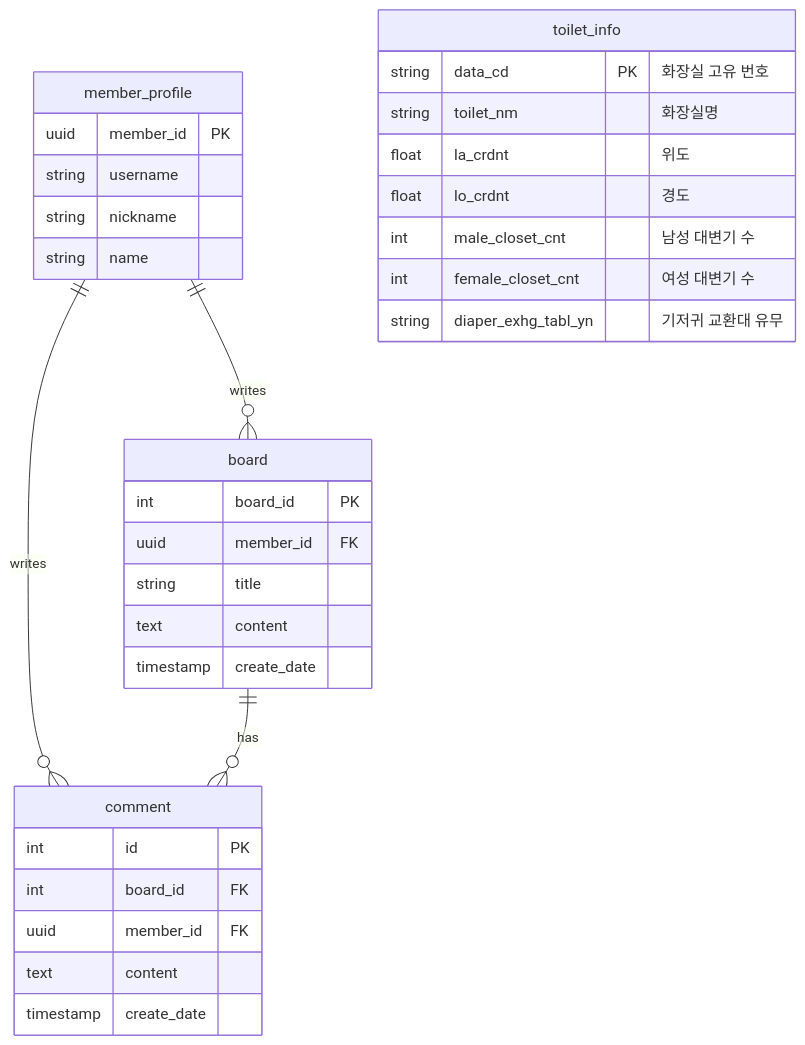
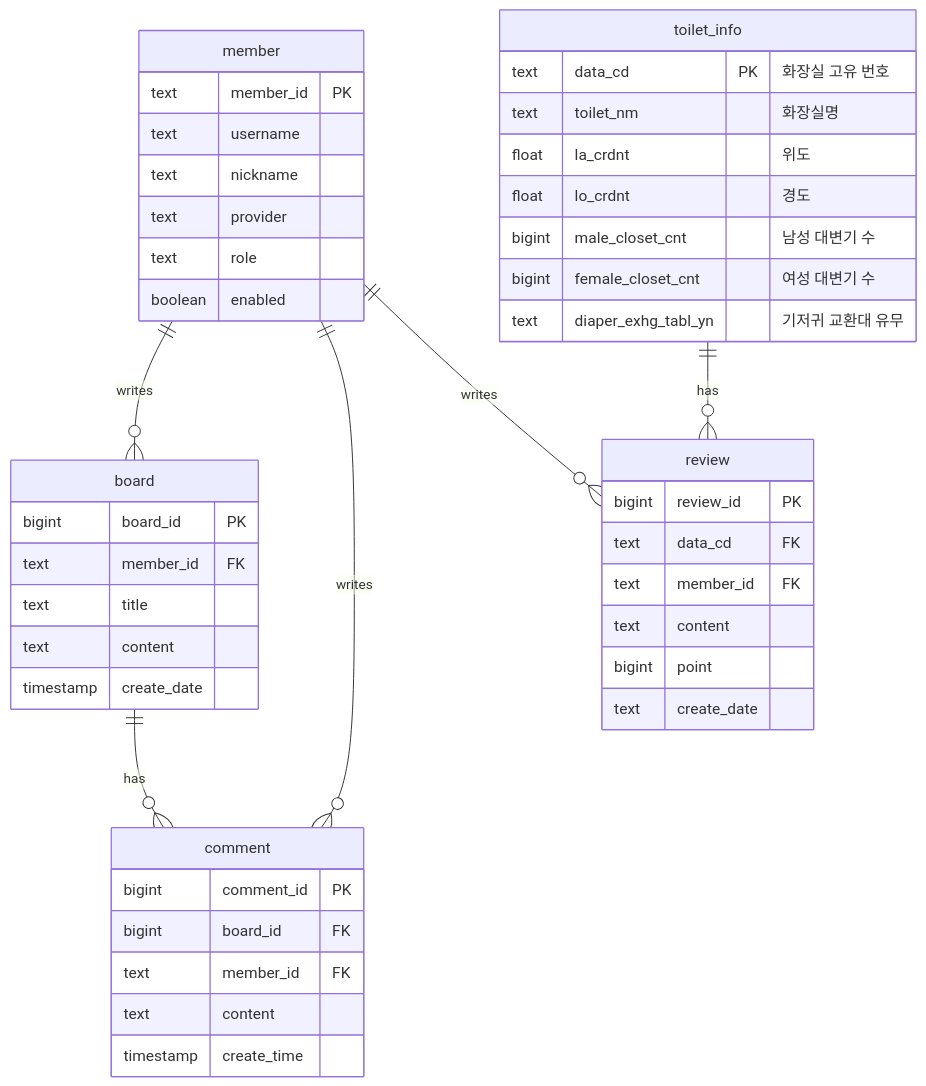
The diagram in README.md (nx2803/PeeceMaker), drawn with Mermaid before and after one commit. The commit also changed other lines of this file and 2 other files, not shown here.

Commit message:
build: Add .dockerignore and configure Next.js for standalone output.

````diff
--- a/README.md
+++ b/README.md
@@ -42,39 +42,52 @@
 ```mermaid
 erDiagram
-    member_profile ||--o{ board : "writes"
-    member_profile ||--o{ comment : "writes"
+    member ||--o{ board : "writes"
+    member ||--o{ comment : "writes"
+    member ||--o{ review : "writes"
     board ||--o{ comment : "has"
+    toilet_info ||--o{ review : "has"
 
-    member_profile {
-        uuid member_id PK
-        string username
-        string nickname
-        string name
+    member {
+        text member_id PK
+        text username
+        text nickname
+        text provider
+        text role
+        boolean enabled
     }
 
     toilet_info {
-        string data_cd PK "화장실 고유 번호"
-        string toilet_nm "화장실명"
+        text data_cd PK "화장실 고유 번호"
+        text toilet_nm "화장실명"
         float la_crdnt "위도"
         float lo_crdnt "경도"
-        int male_closet_cnt "남성 대변기 수"
-        int female_closet_cnt "여성 대변기 수"
-        string diaper_exhg_tabl_yn "기저귀 교환대 유무"
+        bigint male_closet_cnt "남성 대변기 수"
+        bigint female_closet_cnt "여성 대변기 수"
+        text diaper_exhg_tabl_yn "기저귀 교환대 유무"
     }
 
     board {
-        int board_id PK
-        uuid member_id FK
-        string title
+        bigint board_id PK
+        text member_id FK
+        text title
         text content
         timestamp create_date
     }
 
     comment {
-        int id PK
-        int board_id FK
-        uuid member_id FK
+        bigint comment_id PK
+        bigint board_id FK
+        text member_id FK
         text content
-        timestamp create_date
+        timestamp create_time
+    }
+
+    review {
+        bigint review_id PK
+        text data_cd FK
+        text member_id FK
+        text content
+        bigint point
+        text create_date
     }
 ```
````
